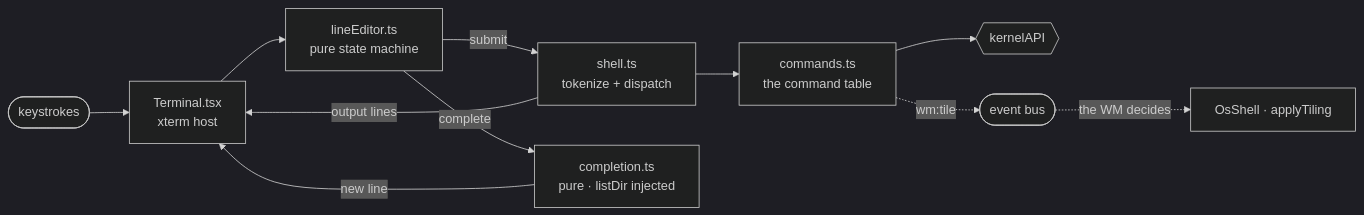
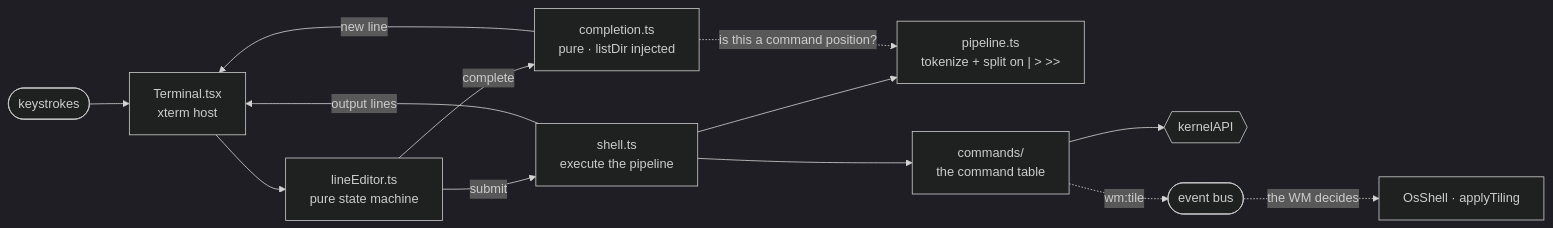
One commit to ijohnkojo/portfolio changed the sixth of 8 diagrams in docs/architecture.md. Above: the diagram before and after it, drawn with Mermaid (dark theme). The commit also changed other lines of this file and 19 other files, not shown here.

````diff
--- a/docs/architecture.md
+++ b/docs/architecture.md
@@ -469,13 +469,15 @@
 ```mermaid
 flowchart LR
     KEYS(["keystrokes"]) --> TERM["Terminal.tsx<br/>xterm host"]
     TERM --> LE["lineEditor.ts<br/>pure state machine"]
-    LE -- "submit" --> SH["shell.ts<br/>tokenize + dispatch"]
+    LE -- "submit" --> SH["shell.ts<br/>execute the pipeline"]
+    SH --> PIPE["pipeline.ts<br/>tokenize + split on | > >>"]
     LE -- "complete" --> COMP["completion.ts<br/>pure · listDir injected"]
+    COMP -. "is this a command position?" .-> PIPE
     COMP -- "new line" --> TERM
-    SH --> CMD["commands.ts<br/>the command table"]
+    SH --> CMD["commands/<br/>the command table"]
     CMD --> API{{"kernelAPI"}}
     CMD -. "wm:tile" .-> BUS(["event bus"])
     BUS -. "the WM decides" .-> WM["OsShell · applyTiling"]
     SH -- "output lines" --> TERM
 ```
````
